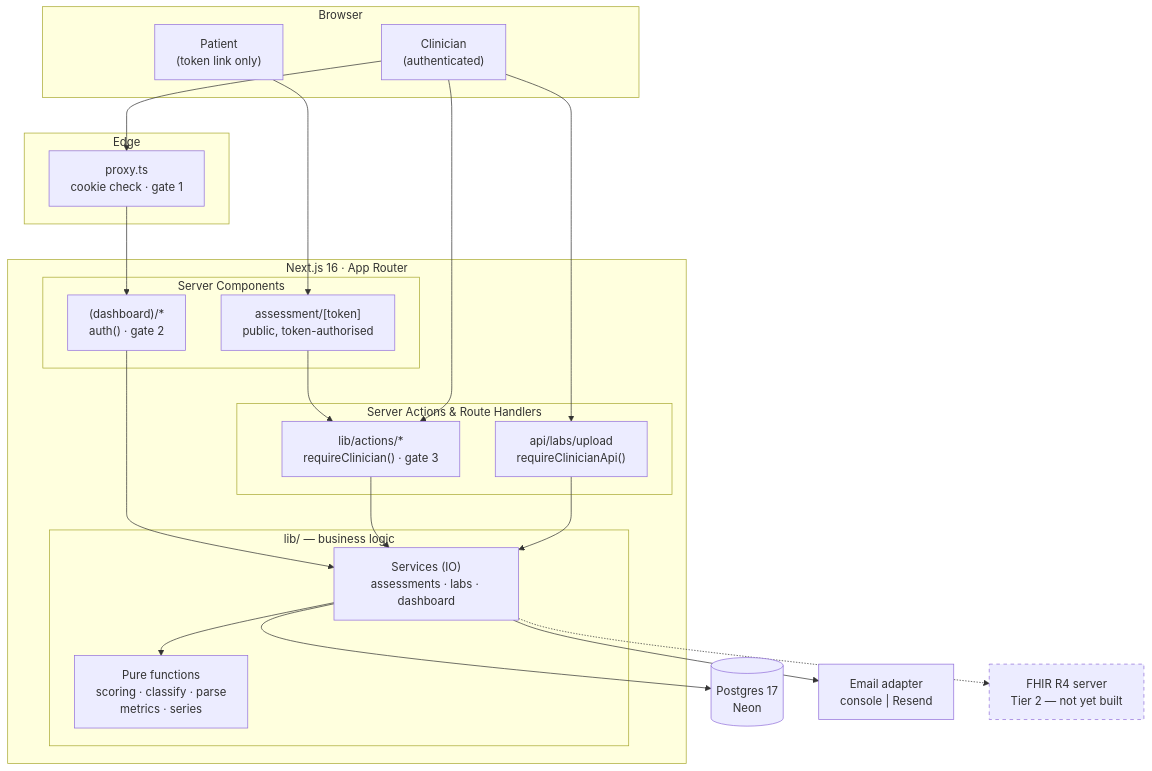
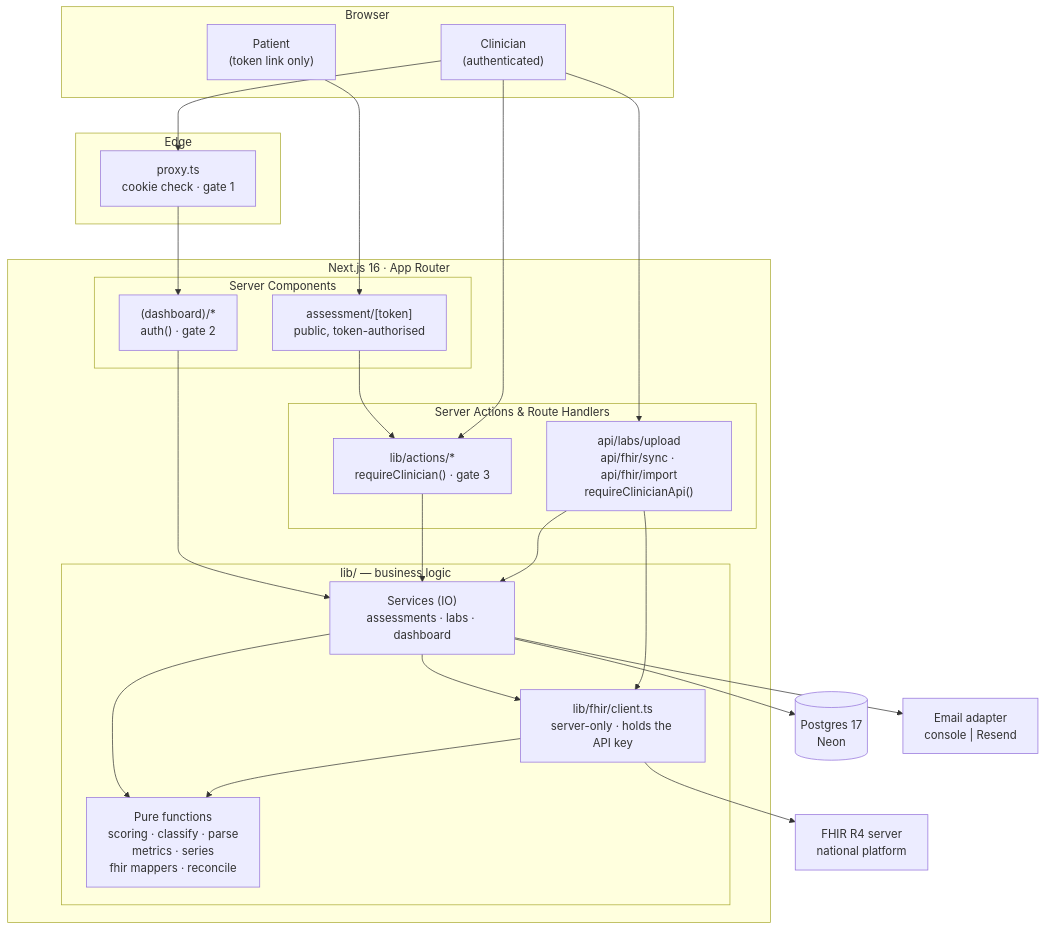
The first of 4 diagrams in README.md (JoeYoussef44/PulseTrack), drawn with Mermaid before and after one commit. The commit also changed other lines of this file, not shown here.

First line of the commit message:
docs: document the FHIR integration, with its diagram and its traps

````diff
--- a/README.md
+++ b/README.md
@@ -125,45 +132,47 @@
 ```mermaid
 flowchart TB
     subgraph client["Browser"]
         CU["Clinician<br/>(authenticated)"]
         PU["Patient<br/>(token link only)"]
     end
 
     subgraph edge["Edge"]
         PX["proxy.ts<br/>cookie check · gate 1"]
     end
 
     subgraph next["Next.js 16 · App Router"]
         subgraph pages["Server Components"]
             DASH["(dashboard)/*<br/>auth() · gate 2"]
             PUB["assessment/[token]<br/>public, token-authorised"]
         end
         subgraph mutations["Server Actions & Route Handlers"]
             SA["lib/actions/*<br/>requireClinician() · gate 3"]
-            API["api/labs/upload<br/>requireClinicianApi()"]
+            API["api/labs/upload<br/>api/fhir/sync · api/fhir/import<br/>requireClinicianApi()"]
         end
         subgraph domain["lib/ — business logic"]
-            PURE["Pure functions<br/>scoring · classify · parse<br/>metrics · series"]
+            PURE["Pure functions<br/>scoring · classify · parse<br/>metrics · series<br/>fhir mappers · reconcile"]
             SVC["Services (IO)<br/>assessments · labs · dashboard"]
+            FC["lib/fhir/client.ts<br/>server-only · holds the API key"]
         end
     end
 
     DB[("Postgres 17<br/>Neon")]
     MAIL["Email adapter<br/>console | Resend"]
-    FHIR["FHIR R4 server<br/>Tier 2 — not yet built"]
+    FHIR["FHIR R4 server<br/>national platform"]
 
     CU --> PX --> DASH
     PU --> PUB
     DASH --> SVC
     PUB --> SA
     CU --> SA
     CU --> API
     SA --> SVC
     API --> SVC
     SVC --> PURE
     SVC --> DB
     SVC --> MAIL
-    SVC -.-> FHIR
-
-    style FHIR stroke-dasharray: 5 5
+    SVC --> FC
+    API --> FC
+    FC --> FHIR
+    FC --> PURE
 ```
````
